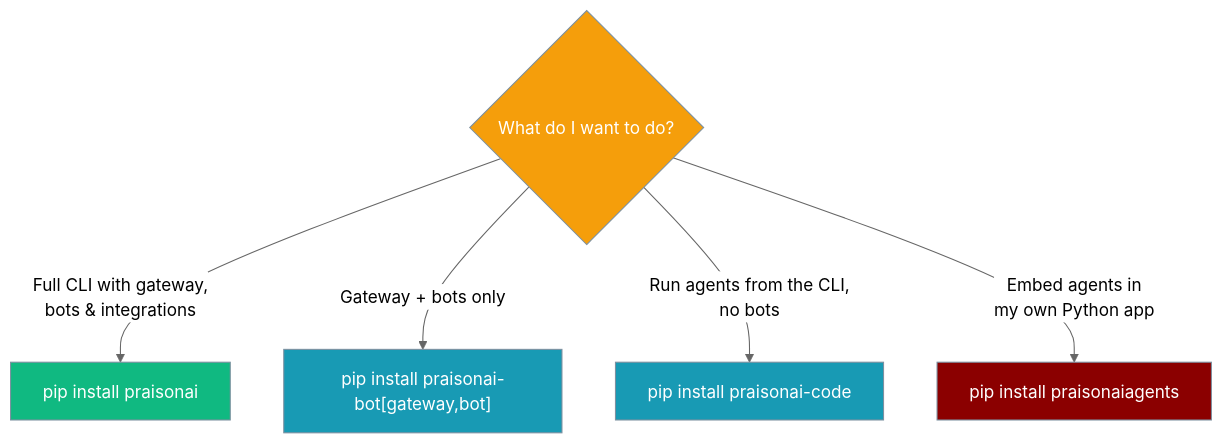
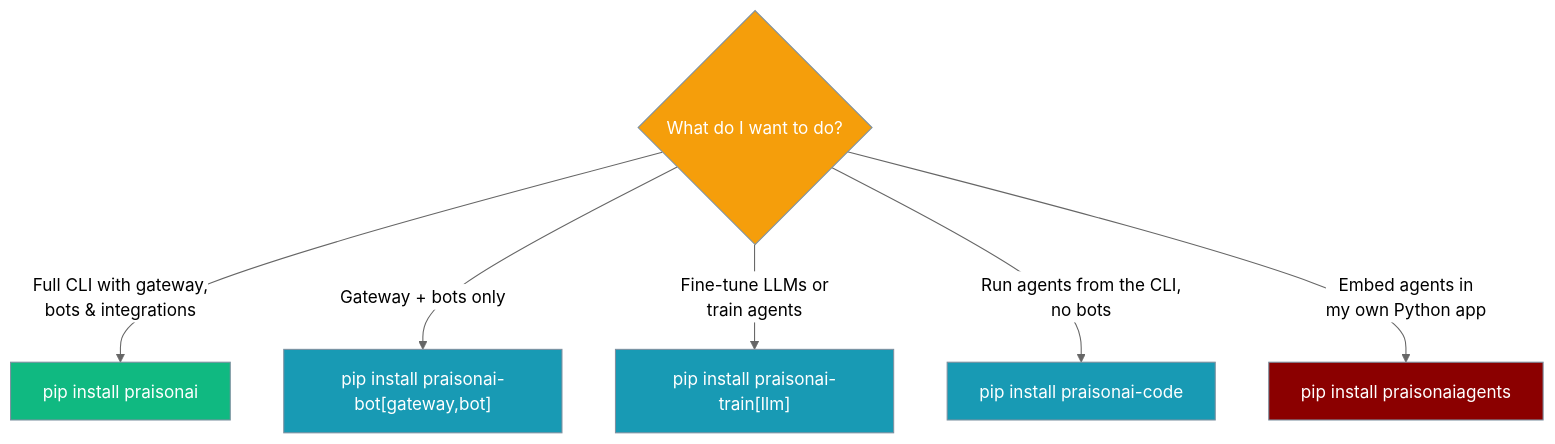
The second of 3 diagrams in docs/features/architecture-tiers.mdx (MervinPraison/PraisonAIDocs), drawn with Mermaid (neutral theme) before and after one commit. The commit also changed other lines of this file and 5 other files, not shown here.

First line of the commit message:
docs: align training pages with C10 praisonai-train package extraction (fixes #1966)

````diff
--- a/docs/features/architecture-tiers.mdx
+++ b/docs/features/architecture-tiers.mdx
@@ -58,18 +67,19 @@
 ```mermaid
 graph TB
     Q1{What do I want to do?}
     Q1 -->|Full CLI with gateway,<br/>bots & integrations| P1[pip install praisonai]
     Q1 -->|Gateway + bots only| P4["pip install praisonai-bot[gateway,bot]"]
+    Q1 -->|Fine-tune LLMs or<br/>train agents| P5["pip install praisonai-train[llm]"]
     Q1 -->|Run agents from the CLI,<br/>no bots| P2[pip install praisonai-code]
     Q1 -->|Embed agents in<br/>my own Python app| P3[pip install praisonaiagents]
 
     classDef question fill:#F59E0B,stroke:#7C90A0,color:#fff
     classDef wrapper fill:#10B981,stroke:#7C90A0,color:#fff
     classDef runtime fill:#189AB4,stroke:#7C90A0,color:#fff
     classDef sdk fill:#8B0000,stroke:#7C90A0,color:#fff
 
     class Q1 question
     class P1 wrapper
-    class P2,P4 runtime
+    class P2,P4,P5 runtime
     class P3 sdk
 ```
````
